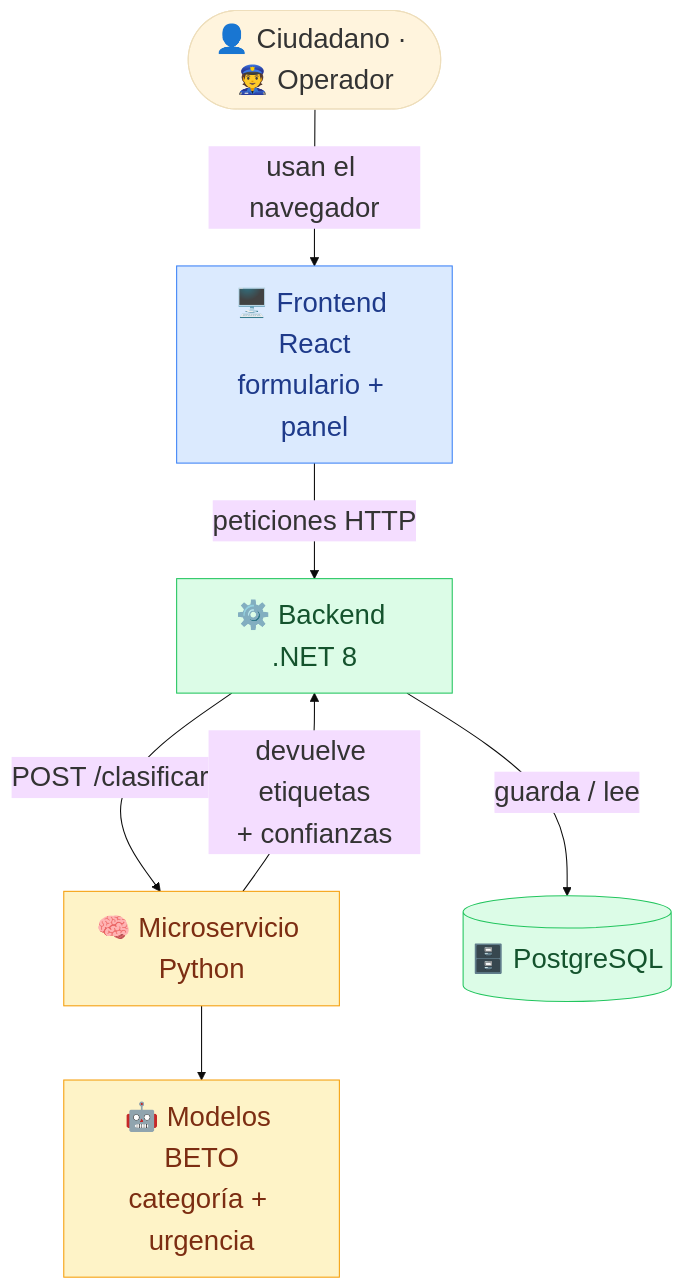
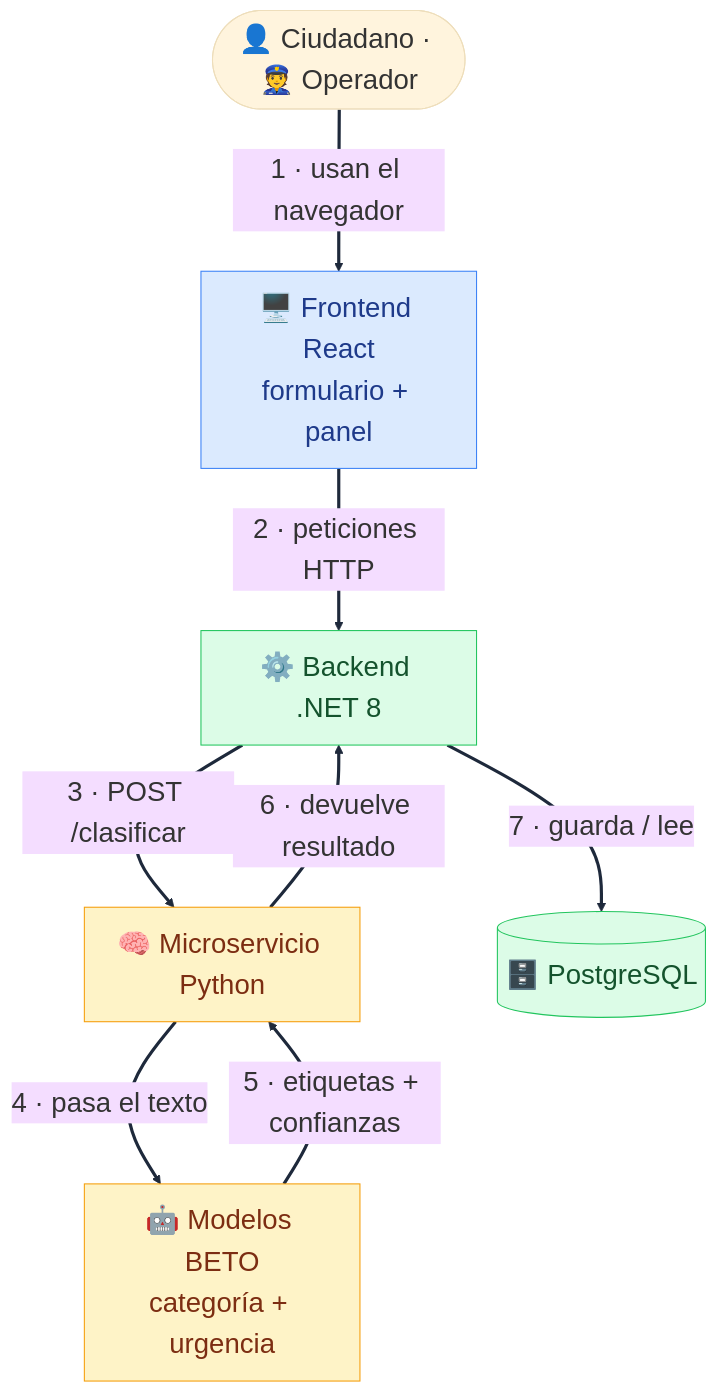
One commit to alexisherrera09/sirec changed the first of 3 diagrams in README.md. Above: the diagram before and after it, drawn with Mermaid. The commit also changed other lines of this file, not shown here.

First line of the commit message:
README: relaciones visibles en los diagramas

````diff
--- a/README.md
+++ b/README.md
@@ -183,17 +183,19 @@
 ```mermaid
-%%{init: {'theme':'base', 'themeVariables': {'fontSize':'26px'}, 'flowchart': {'nodeSpacing':60, 'rankSpacing':70}}}%%
+%%{init: {'theme':'base', 'themeVariables': {'fontSize':'26px', 'lineColor':'#1e293b'}, 'flowchart': {'nodeSpacing':60, 'rankSpacing':75}}}%%
 flowchart TD
-    Personas(["👤 Ciudadano · 👮 Operador"]) -->|"usan el navegador"| FE["🖥️ Frontend React<br/>formulario + panel"]
-    FE -->|"peticiones HTTP"| BE["⚙️ Backend .NET 8"]
-    BE -->|"POST /clasificar"| MS["🧠 Microservicio Python"]
-    MS --> BETO["🤖 Modelos BETO<br/>categoría + urgencia"]
-    MS -->|"devuelve etiquetas<br/>+ confianzas"| BE
-    BE -->|"guarda / lee"| DB[("🗄️ PostgreSQL")]
+    Personas(["👤 Ciudadano · 👮 Operador"]) -->|"1 · usan el navegador"| FE["🖥️ Frontend React<br/>formulario + panel"]
+    FE -->|"2 · peticiones HTTP"| BE["⚙️ Backend .NET 8"]
+    BE -->|"3 · POST /clasificar"| MS["🧠 Microservicio Python"]
+    MS -->|"4 · pasa el texto"| BETO["🤖 Modelos BETO<br/>categoría + urgencia"]
+    BETO -->|"5 · etiquetas + confianzas"| MS
+    MS -->|"6 · devuelve resultado"| BE
+    BE -->|"7 · guarda / lee"| DB[("🗄️ PostgreSQL")]
 
+    linkStyle default stroke:#1e293b,stroke-width:3px;
     classDef front fill:#dbeafe,stroke:#3b82f6,color:#1e3a8a;
     classDef back fill:#dcfce7,stroke:#22c55e,color:#14532d;
     classDef ml fill:#fef3c7,stroke:#f59e0b,color:#7c2d12;
     class FE front;
     class BE,DB back;
     class MS,BETO ml;
 ```
````
